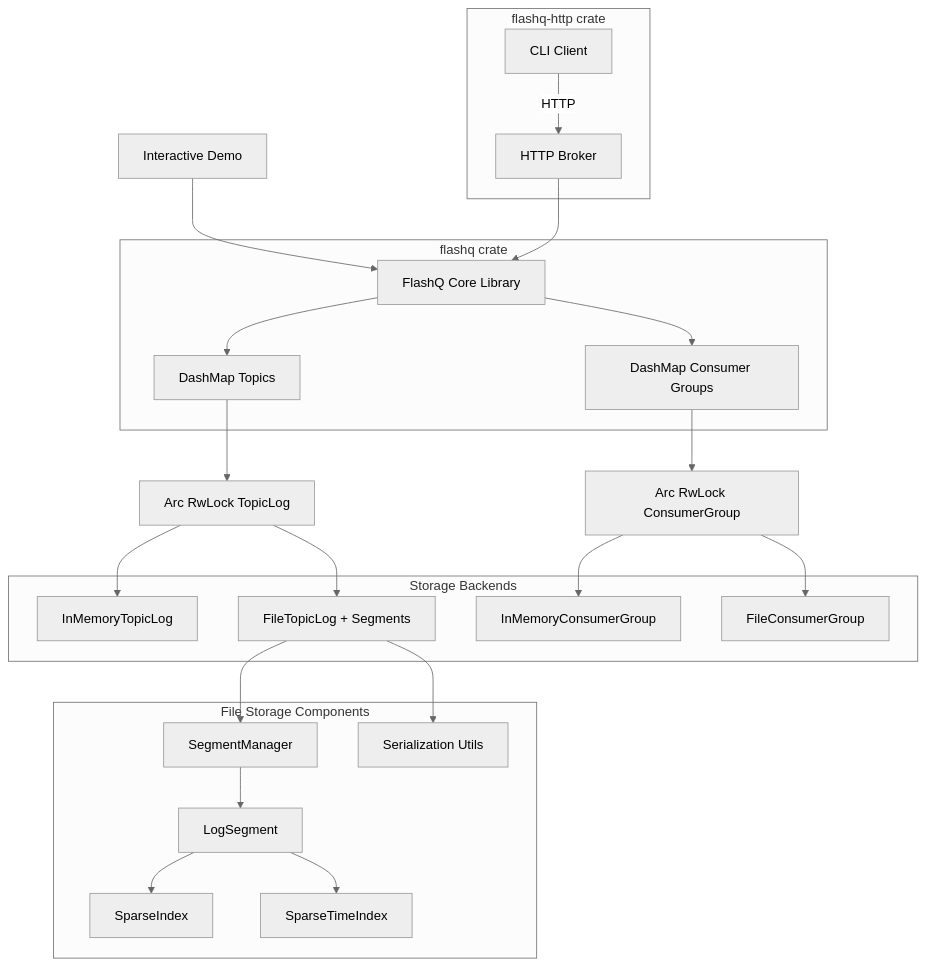
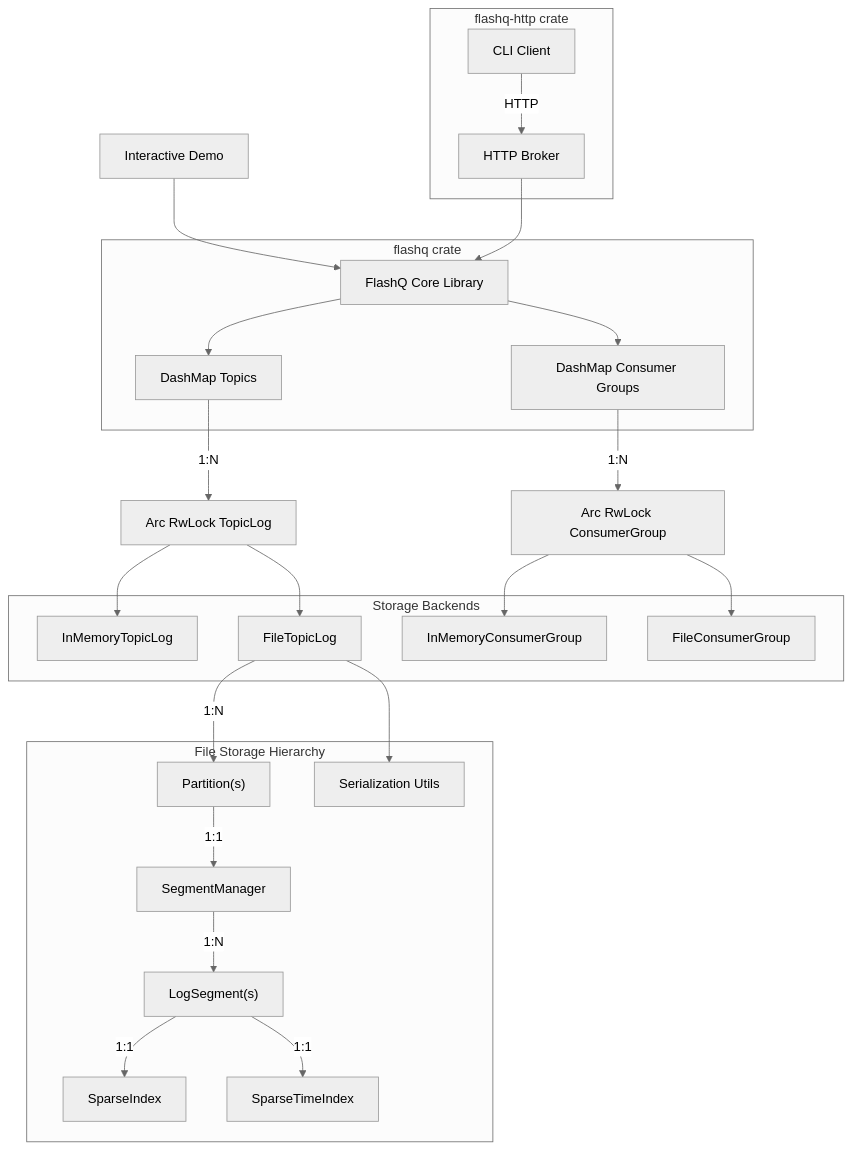
Before and after one commit to harshitmahapatra/flashq: the first of 2 diagrams in docs/architecture.md, drawn with Mermaid (neutral theme). The commit also changed other lines of this file and 34 other files, not shown here.

First line of the commit message:
Implement partition-aware storage architecture (Phase 0) (#73)

````diff
--- a/docs/architecture.md
+++ b/docs/architecture.md
@@ -7,49 +7,44 @@
 ```mermaid
 graph TD
     A[CLI Client] -->|HTTP| B[HTTP Broker]
     C[Interactive Demo] --> D[FlashQ Core Library]
     B --> D
-    
+
     subgraph "flashq-http crate"
         B
         A
     end
-    
+
     subgraph "flashq crate"
         D
         E[DashMap Topics]
         F[DashMap Consumer Groups]
     end
-    
+
     D --> E
     D --> F
-    
-    E --> G[Arc RwLock TopicLog]
-    F --> H[Arc RwLock ConsumerGroup]
-    
+
+    E -->|"1:N"| G[Arc RwLock TopicLog]
+    F -->|"1:N"| H[Arc RwLock ConsumerGroup]
+
     subgraph "Storage Backends"
         I[InMemoryTopicLog]
-        J[FileTopicLog + Segments]
+        J[FileTopicLog]
         K[InMemoryConsumerGroup]
         L[FileConsumerGroup]
     end
-    
-    subgraph "File Storage Components"
-        M[SegmentManager]
-        N[LogSegment]
-        O[SparseIndex]
-        Q[SparseTimeIndex]
-        P[Serialization Utils]
+
+    subgraph "File Storage Hierarchy"
+        J -->|"1:N"| JP["Partition(s)"]
+        JP -->|"1:1"| M["SegmentManager"]
+        M -->|"1:N"| N["LogSegment(s)"]
+        N -->|"1:1"| O["SparseIndex"]
+        N -->|"1:1"| Q["SparseTimeIndex"]
+        J --> P["Serialization Utils"]
     end
-    
-    J --> M
-    M --> N
-    N --> O
-    N --> Q
-    J --> P
-    
+
     G --> I
     G --> J
     H --> K
     H --> L
 ```
````
